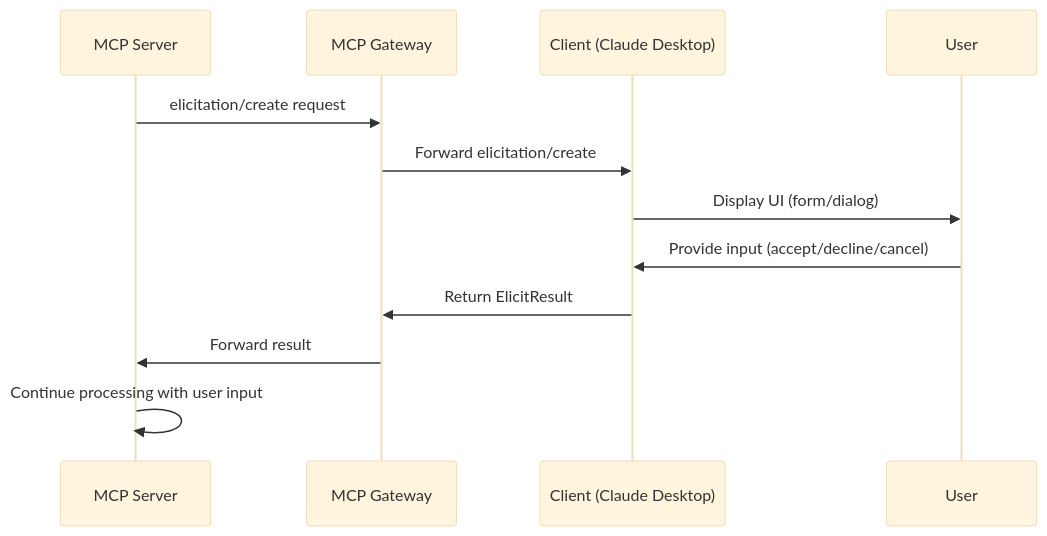
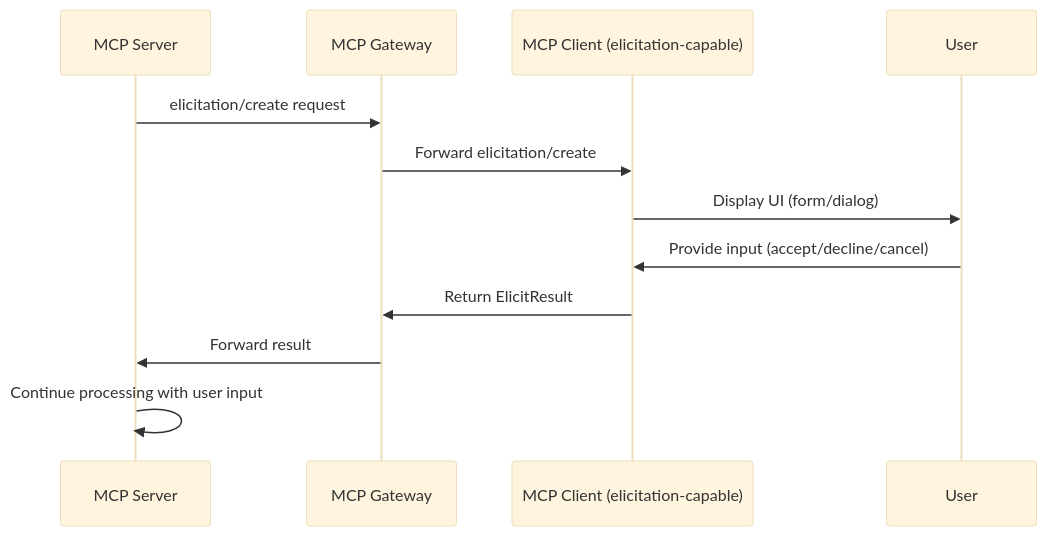
The diagram in docs/docs/architecture/adr/022-elicitation-passthrough-implementation.md (tedhabeck/mcp-context-forge), drawn with Mermaid (base theme) before and after one commit. The commit also changed other lines of this file and 147 other files, not shown here.

First line of the commit message:
docs: refresh docs formatting, links, and diagrams (#2624)

````diff
--- a/docs/docs/architecture/adr/022-elicitation-passthrough-implementation.md
+++ b/docs/docs/architecture/adr/022-elicitation-passthrough-implementation.md
@@ -16,15 +16,15 @@
 ```mermaid
 sequenceDiagram
     participant Server as MCP Server
     participant Gateway as MCP Gateway
-    participant Client as Client (Claude Desktop)
+    participant Client as MCP Client (elicitation-capable)
     participant User
 
     Server->>Gateway: elicitation/create request
     Gateway->>Client: Forward elicitation/create
     Client->>User: Display UI (form/dialog)
     User->>Client: Provide input (accept/decline/cancel)
     Client->>Gateway: Return ElicitResult
     Gateway->>Server: Forward result
     Server->>Server: Continue processing with user input
 ```
````
